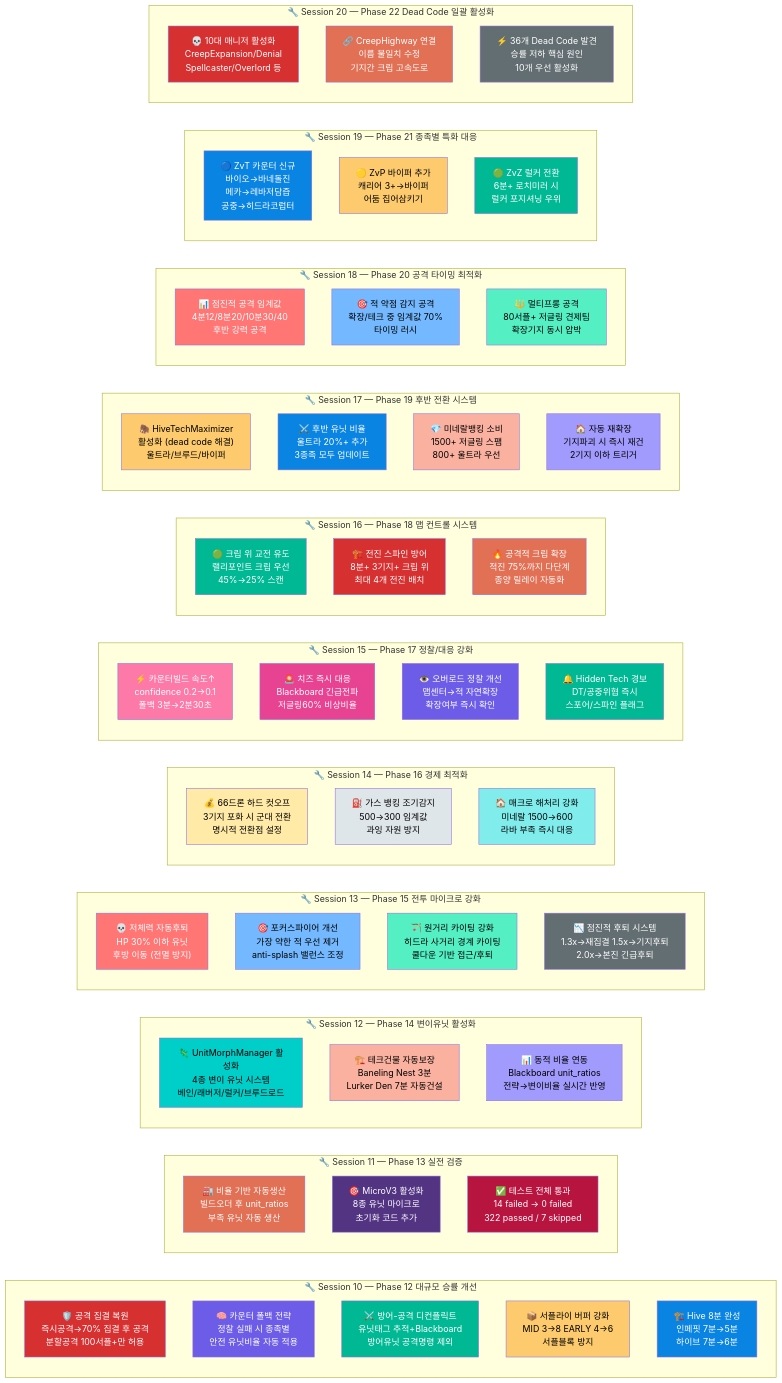
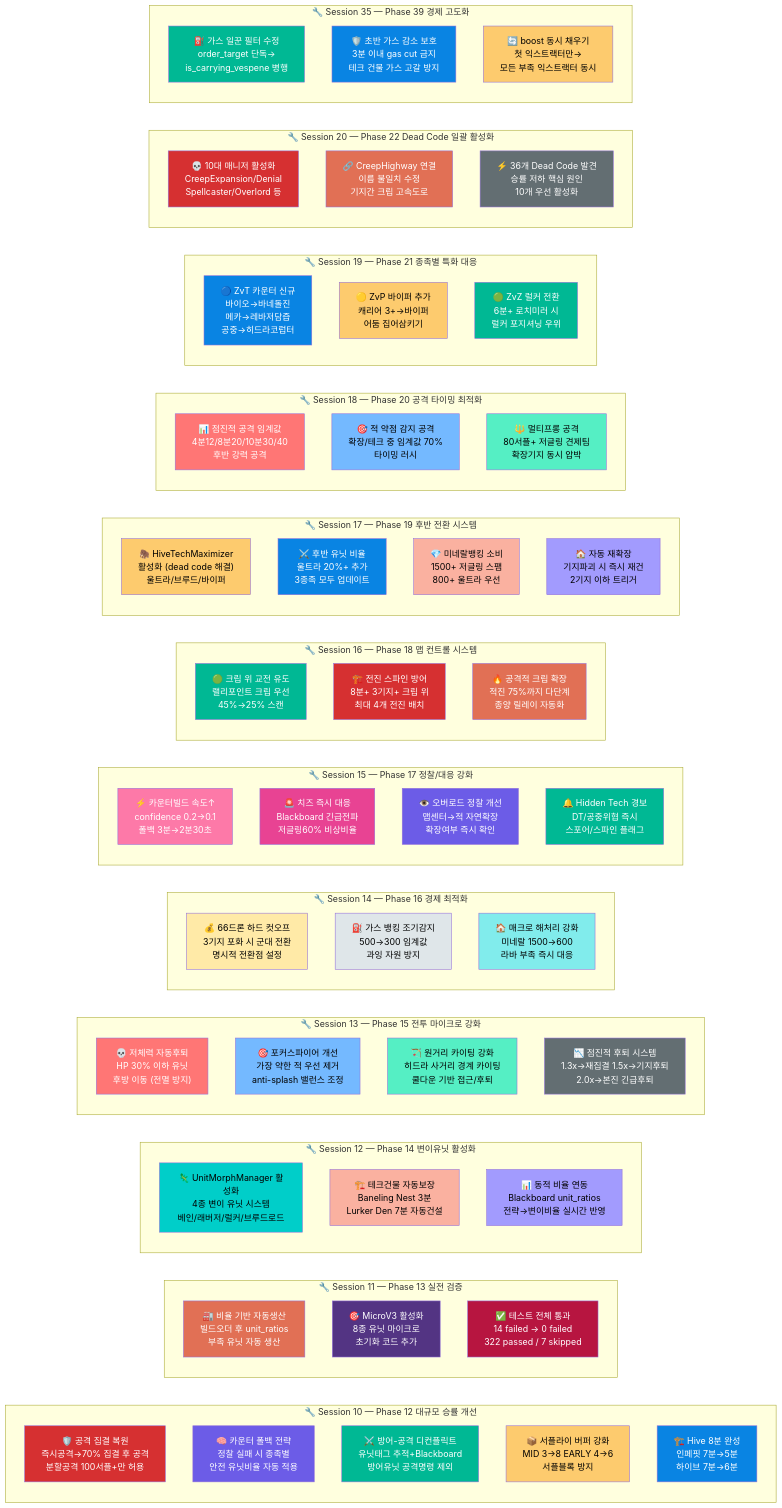
Diagram 31 of 33 in README.md (sun475300-sudo/Swarm-control-in-sc2bot), drawn with Mermaid before and after one commit. The commit also changed other lines of this file and 2 other files, not shown here.

First line of the commit message:
feat: Phase 39 경제 고도화 — 가스 일꾼 관리 3개 버그 수정

````diff
--- a/README.md
+++ b/README.md
@@ -1030,4 +1032,14 @@
     style FIX36 fill:#d63031,color:#fff
     style FIX37 fill:#e17055,color:#fff
     style FIX38 fill:#636e72,color:#fff
+
+    subgraph "🔧 Session 35 — Phase 39 경제 고도화"
+        direction TB
+        FIX39["⛽ 가스 일꾼 필터 수정<br/>order_target 단독→<br/>is_carrying_vespene 병행"]
+        FIX40["🛡️ 초반 가스 감소 보호<br/>3분 이내 gas cut 금지<br/>테크 건물 가스 고갈 방지"]
+        FIX41["🔄 boost 동시 채우기<br/>첫 익스트랙터만→<br/>모든 부족 익스트랙터 동시"]
+    end
+    style FIX39 fill:#00b894,color:#fff
+    style FIX40 fill:#0984e3,color:#fff
+    style FIX41 fill:#fdcb6e,color:#000
 ```
````
